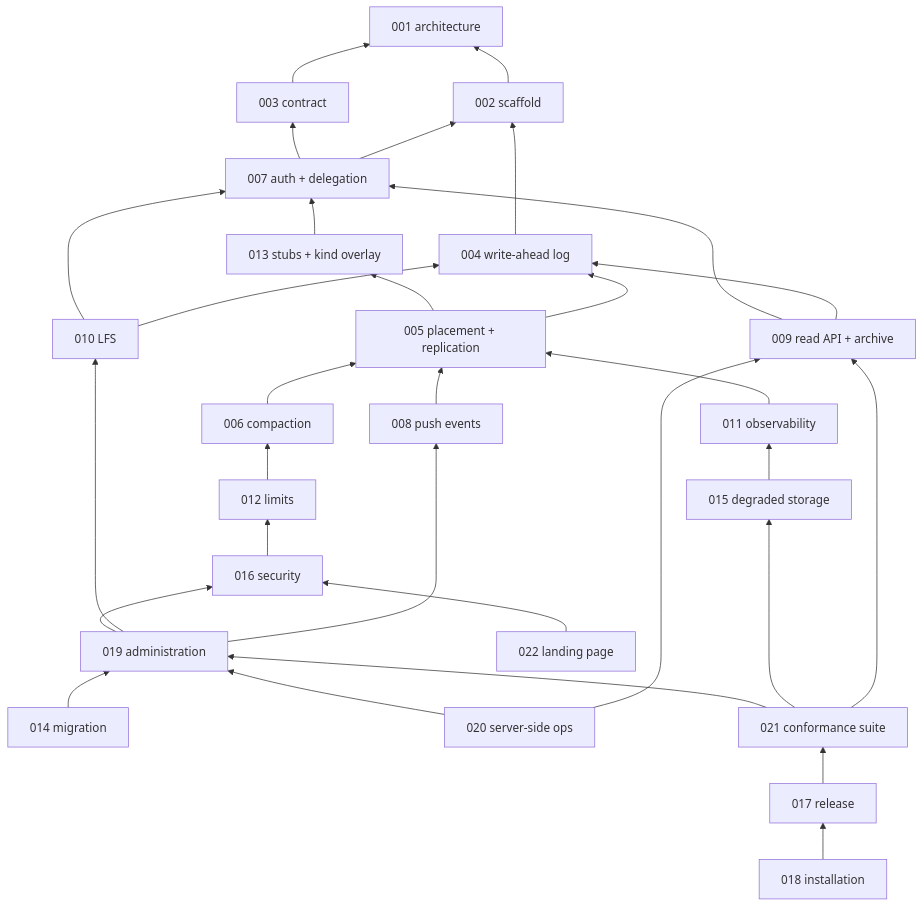
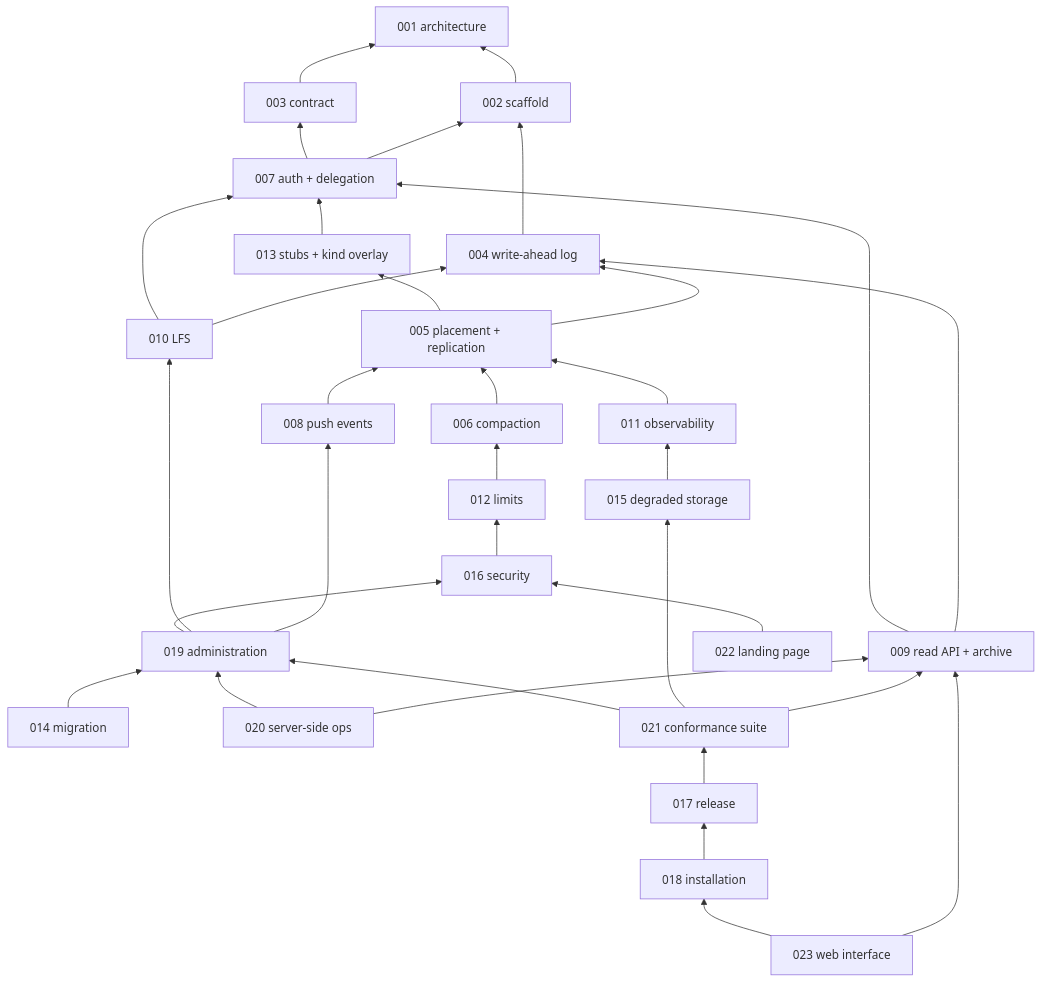
The second of 2 diagrams in specs/README.md (latere-ai/origo), drawn with Mermaid before and after one commit. The commit also changed other lines of this file and 1 other file, not shown here.

Commit message:
specs: 023 is the web interface, a separate service that is a pure client of the read API; the list of repositories a subject may see belongs to the authorizer, which has no way to say it

````diff
--- a/specs/README.md
+++ b/specs/README.md
@@ -94,55 +95,58 @@
 ```mermaid
 flowchart BT
   S001[001 architecture]
   S002[002 scaffold]
   S003[003 contract]
   S004[004 write-ahead log]
   S005[005 placement + replication]
   S006[006 compaction]
   S007[007 auth + delegation]
   S008[008 push events]
   S009[009 read API + archive]
   S010[010 LFS]
   S011[011 observability]
   S012[012 limits]
   S013[013 stubs + kind overlay]
   S014[014 migration]
   S015[015 degraded storage]
   S016[016 security]
   S017[017 release]
   S018[018 installation]
   S019[019 administration]
   S020[020 server-side ops]
   S021[021 conformance suite]
   S022[022 landing page]
+  S023[023 web interface]
   S002 --> S001
   S003 --> S001
   S004 --> S002
   S005 --> S004
   S005 --> S013
   S006 --> S005
   S007 --> S002
   S007 --> S003
   S008 --> S005
   S009 --> S004
   S009 --> S007
   S010 --> S004
   S010 --> S007
   S011 --> S005
   S012 --> S006
   S013 --> S007
   S014 --> S019
   S015 --> S011
   S016 --> S012
   S017 --> S021
   S018 --> S017
   S019 --> S008
   S019 --> S010
   S019 --> S016
   S020 --> S009
   S020 --> S019
   S021 --> S009
   S021 --> S015
   S021 --> S019
   S022 --> S016
+  S023 --> S009
+  S023 --> S018
 ```
````
